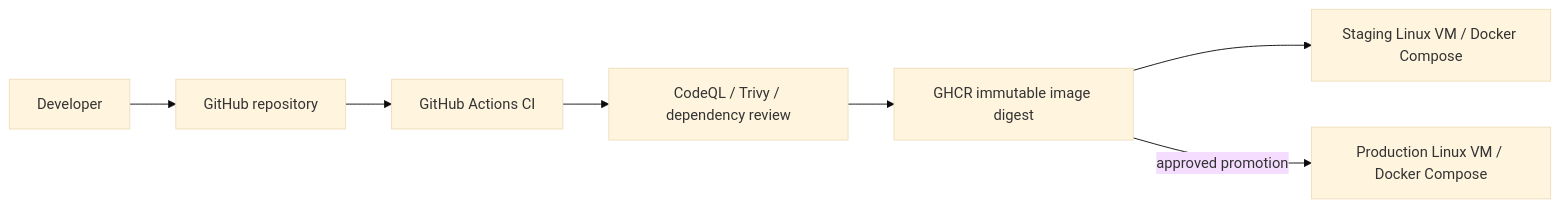
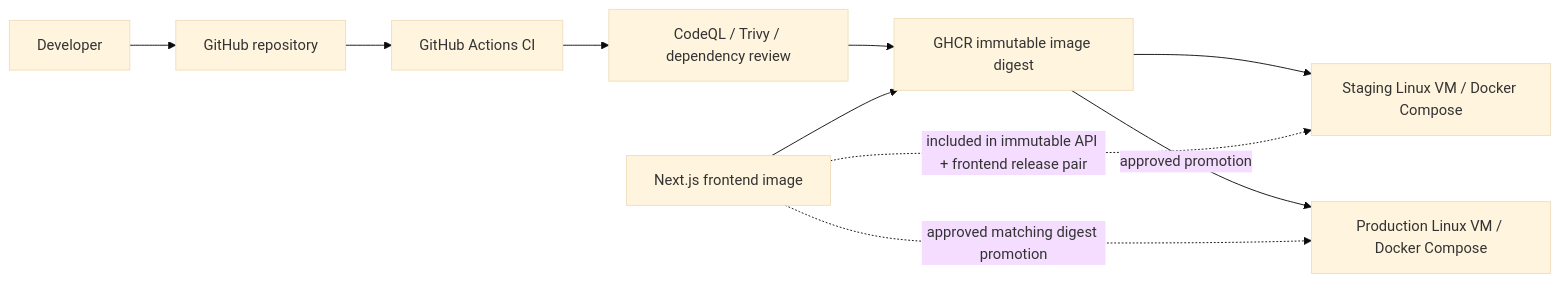
Before and after one commit to cyrushun/enterprise-payment-platform: the second of 2 diagrams in docs/architecture/deployment-diagram.md, drawn with Mermaid (base theme). The commit also changed other lines of this file and 87 other files, not shown here.

````diff
--- a/docs/architecture/deployment-diagram.md
+++ b/docs/architecture/deployment-diagram.md
@@ -28,9 +30,12 @@
 ```mermaid
 flowchart LR
   Dev[Developer] --> Git[GitHub repository]
   Git --> CI[GitHub Actions CI]
   CI --> Scan[CodeQL / Trivy / dependency review]
   Scan --> GHCR[GHCR immutable image digest]
   GHCR --> Staging[Staging Linux VM / Docker Compose]
   GHCR -->|approved promotion| Prod[Production Linux VM / Docker Compose]
+  FrontendImage[Next.js frontend image] --> GHCR
+  FrontendImage -. included in immutable API + frontend release pair .-> Staging
+  FrontendImage -. approved matching digest promotion .-> Prod
 ```
````
